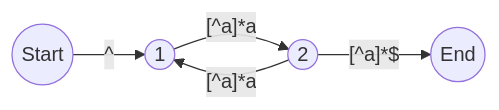
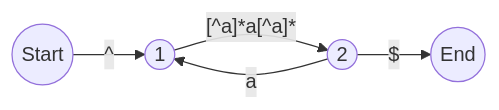
Before and after one commit to tdzl2003/leetcode_live: diagram 12 of 20 in regexp/20220102.md, drawn with Mermaid. The commit also changed other lines of this file, not shown here.

````diff
--- a/regexp/20220102.md
+++ b/regexp/20220102.md
@@ -17,11 +142,11 @@
 ```mermaid
 graph LR
     Start((Start))
     1((1))
     2((2))
     End((End))
     Start -- ^ --> 1
-    1 -- "[^a]*a" --> 2
-    2 -- "[^a]*a" --> 1
-    2 -- "[^a]*$" --> End
+    1 -- "[^a]*a[^a]*" --> 2
+    2 -- "a" --> 1
+    2 -- "$" --> End
 ```
````
